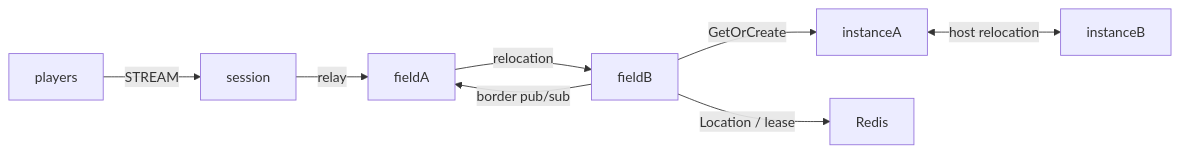
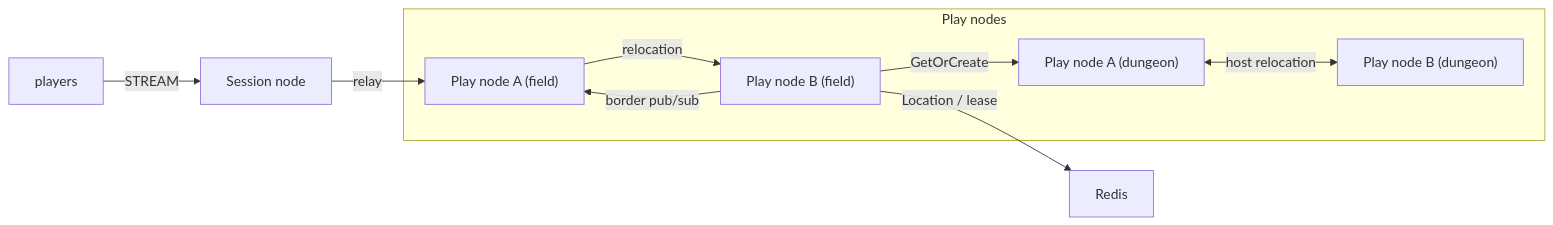
The diagram in framework/languages/java/templates/java/morpg-fields-instances/my-game/README.md (zlink-systems/zlink), drawn with Mermaid before and after one commit. The commit also changed other lines of this file and 223 other files, not shown here.

First line of the commit message:
docs(templates): 모든 템플릿의 노드 이름을 Session node · Play node · API node로 (#5350)

````diff
--- a/framework/languages/java/templates/java/morpg-fields-instances/my-game/README.md
+++ b/framework/languages/java/templates/java/morpg-fields-instances/my-game/README.md
@@ -5,10 +5,16 @@
 ```mermaid
 flowchart LR
-  players -->|STREAM|session
+  subgraph playNodes["Play nodes"]
+    fieldA["Play node A (field)"]
+    fieldB["Play node B (field)"]
+    instanceA["Play node A (dungeon)"]
+    instanceB["Play node B (dungeon)"]
+  end
+  players -->|STREAM|session["Session node"]
   session -->|relay|fieldA
   fieldA -->|relocation|fieldB
   fieldB -->|border pub/sub|fieldA
   fieldB -->|GetOrCreate|instanceA
   instanceA <-->|host relocation|instanceB
   fieldB -->|Location / lease|location[Redis]
 ```
````
